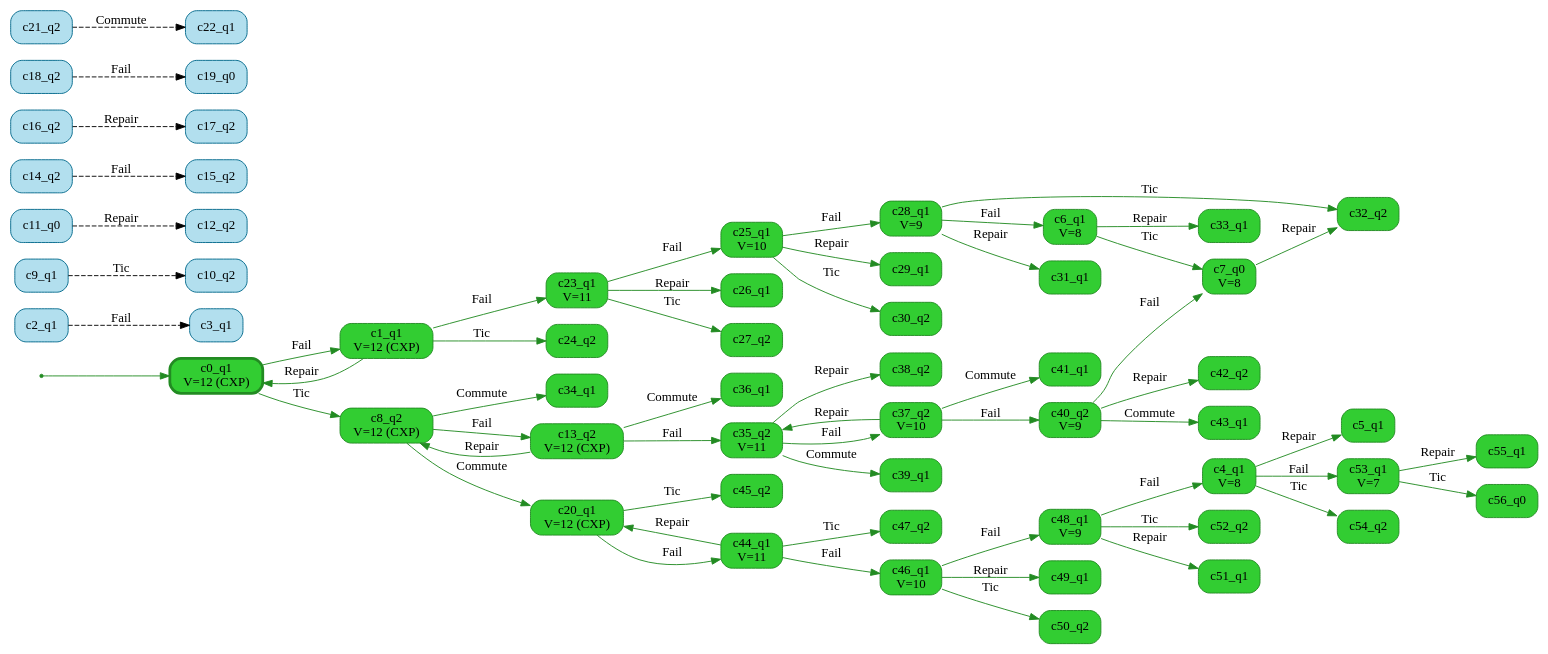
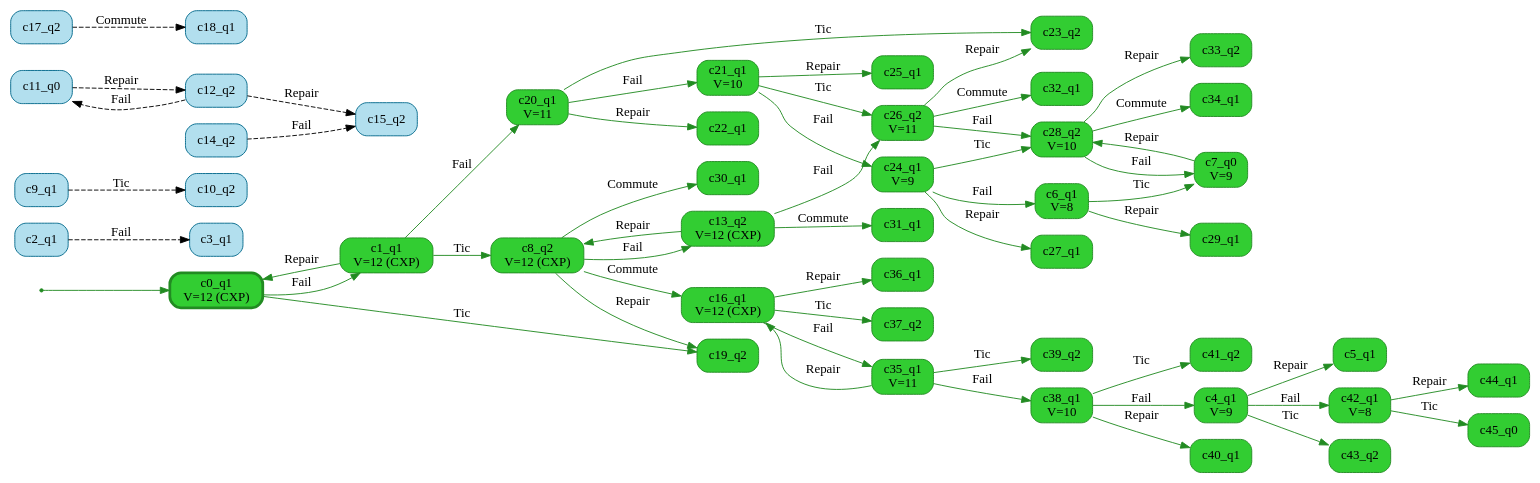
One commit to stratosphr/stratest2 changed the diagram in resources/results/threeBatteries/1_rel/rgcxp_small.dot. Above: the diagram before and after it, drawn with Graphviz. The commit also changed 174 other files, not shown here.

```diff
--- a/resources/results/threeBatteries/1_rel/rgcxp_small.dot
+++ b/resources/results/threeBatteries/1_rel/rgcxp_small.dot
@@ -5,47 +5,40 @@
 	__invisible__[shape="point", color="forestgreen"]
 	c0_q1[label="c0_q1\nV=12 (CXP)", shape="box", style="rounded, filled", color="forestgreen", fillcolor="limegreen", penwidth=3] // Initial
 	c1_q1[label="c1_q1\nV=12 (CXP)", shape="box", style="rounded, filled", color="forestgreen", fillcolor="limegreen"]
-	c23_q1[label="c23_q1\nV=11", shape="box", style="rounded, filled", color="forestgreen", fillcolor="limegreen"]
-	c25_q1[label="c25_q1\nV=10", shape="box", style="rounded, filled", color="forestgreen", fillcolor="limegreen"]
-	c28_q1[label="c28_q1\nV=9", shape="box", style="rounded, filled", color="forestgreen", fillcolor="limegreen"]
-	c6_q1[label="c6_q1\nV=8", shape="box", style="rounded, filled", color="forestgreen", fillcolor="limegreen"]
-	c7_q0[label="c7_q0\nV=8", shape="box", style="rounded, filled", color="forestgreen", fillcolor="limegreen"]
-	c32_q2[label="c32_q2", shape="box", style="rounded, filled", color="forestgreen", fillcolor="limegreen"]
-	c33_q1[label="c33_q1", shape="box", style="rounded, filled", color="forestgreen", fillcolor="limegreen"]
-	c31_q1[label="c31_q1", shape="box", style="rounded, filled", color="forestgreen", fillcolor="limegreen"]
-	c29_q1[label="c29_q1", shape="box", style="rounded, filled", color="forestgreen", fillcolor="limegreen"]
-	c30_q2[label="c30_q2", shape="box", style="rounded, filled", color="forestgreen", fillcolor="limegreen"]
-	c26_q1[label="c26_q1", shape="box", style="rounded, filled", color="forestgreen", fillcolor="limegreen"]
-	c27_q2[label="c27_q2", shape="box", style="rounded, filled", color="forestgreen", fillcolor="limegreen"]
-	c24_q2[label="c24_q2", shape="box", style="rounded, filled", color="forestgreen", fillcolor="limegreen"]
 	c8_q2[label="c8_q2\nV=12 (CXP)", shape="box", style="rounded, filled", color="forestgreen", fillcolor="limegreen"]
 	c13_q2[label="c13_q2\nV=12 (CXP)", shape="box", style="rounded, filled", color="forestgreen", fillcolor="limegreen"]
-	c35_q2[label="c35_q2\nV=11", shape="box", style="rounded, filled", color="forestgreen", fillcolor="limegreen"]
-	c37_q2[label="c37_q2\nV=10", shape="box", style="rounded, filled", color="forestgreen", fillcolor="limegreen"]
-	c40_q2[label="c40_q2\nV=9", shape="box", style="rounded, filled", color="forestgreen", fillcolor="limegreen"]
-	c42_q2[label="c42_q2", shape="box", style="rounded, filled", color="forestgreen", fillcolor="limegreen"]
-	c43_q1[label="c43_q1", shape="box", style="rounded, filled", color="forestgreen", fillcolor="limegreen"]
-	c41_q1[label="c41_q1", shape="box", style="rounded, filled", color="forestgreen", fillcolor="limegreen"]
-	c38_q2[label="c38_q2", shape="box", style="rounded, filled", color="forestgreen", fillcolor="limegreen"]
-	c39_q1[label="c39_q1", shape="box", style="rounded, filled", color="forestgreen", fillcolor="limegreen"]
+	c26_q2[label="c26_q2\nV=11", shape="box", style="rounded, filled", color="forestgreen", fillcolor="limegreen"]
+	c28_q2[label="c28_q2\nV=10", shape="box", style="rounded, filled", color="forestgreen", fillcolor="limegreen"]
+	c33_q2[label="c33_q2", shape="box", style="rounded, filled", color="forestgreen", fillcolor="limegreen"]
+	c34_q1[label="c34_q1", shape="box", style="rounded, filled", color="forestgreen", fillcolor="limegreen"]
+	c7_q0[label="c7_q0\nV=9", shape="box", style="rounded, filled", color="forestgreen", fillcolor="limegreen"]
+	c23_q2[label="c23_q2", shape="box", style="rounded, filled", color="forestgreen", fillcolor="limegreen"]
+	c32_q1[label="c32_q1", shape="box", style="rounded, filled", color="forestgreen", fillcolor="limegreen"]
+	c31_q1[label="c31_q1", shape="box", style="rounded, filled", color="forestgreen", fillcolor="limegreen"]
+	c16_q1[label="c16_q1\nV=12 (CXP)", shape="box", style="rounded, filled", color="forestgreen", fillcolor="limegreen"]
+	c35_q1[label="c35_q1\nV=11", shape="box", style="rounded, filled", color="forestgreen", fillcolor="limegreen"]
+	c38_q1[label="c38_q1\nV=10", shape="box", style="rounded, filled", color="forestgreen", fillcolor="limegreen"]
+	c4_q1[label="c4_q1\nV=9", shape="box", style="rounded, filled", color="forestgreen", fillcolor="limegreen"]
+	c5_q1[label="c5_q1", shape="box", style="rounded, filled", color="forestgreen", fillcolor="limegreen"]
+	c42_q1[label="c42_q1\nV=8", shape="box", style="rounded, filled", color="forestgreen", fillcolor="limegreen"]
+	c44_q1[label="c44_q1", shape="box", style="rounded, filled", color="forestgreen", fillcolor="limegreen"]
+	c45_q0[label="c45_q0", shape="box", style="rounded, filled", color="forestgreen", fillcolor="limegreen"]
+	c43_q2[label="c43_q2", shape="box", style="rounded, filled", color="forestgreen", fillcolor="limegreen"]
+	c40_q1[label="c40_q1", shape="box", style="rounded, filled", color="forestgreen", fillcolor="limegreen"]
+	c41_q2[label="c41_q2", shape="box", style="rounded, filled", color="forestgreen", fillcolor="limegreen"]
+	c39_q2[label="c39_q2", shape="box", style="rounded, filled", color="forestgreen", fillcolor="limegreen"]
 	c36_q1[label="c36_q1", shape="box", style="rounded, filled", color="forestgreen", fillcolor="limegreen"]
-	c20_q1[label="c20_q1\nV=12 (CXP)", shape="box", style="rounded, filled", color="forestgreen", fillcolor="limegreen"]
-	c44_q1[label="c44_q1\nV=11", shape="box", style="rounded, filled", color="forestgreen", fillcolor="limegreen"]
-	c46_q1[label="c46_q1\nV=10", shape="box", style="rounded, filled", color="forestgreen", fillcolor="limegreen"]
-	c48_q1[label="c48_q1\nV=9", shape="box", style="rounded, filled", color="forestgreen", fillcolor="limegreen"]
-	c4_q1[label="c4_q1\nV=8", shape="box", style="rounded, filled", color="forestgreen", fillcolor="limegreen"]
-	c5_q1[label="c5_q1", shape="box", style="rounded, filled", color="forestgreen", fillcolor="limegreen"]
-	c53_q1[label="c53_q1\nV=7", shape="box", style="rounded, filled", color="forestgreen", fillcolor="limegreen"]
-	c55_q1[label="c55_q1", shape="box", style="rounded, filled", color="forestgreen", fillcolor="limegreen"]
-	c56_q0[label="c56_q0", shape="box", style="rounded, filled", color="forestgreen", fillcolor="limegreen"]
-	c54_q2[label="c54_q2", shape="box", style="rounded, filled", color="forestgreen", fillcolor="limegreen"]
-	c51_q1[label="c51_q1", shape="box", style="rounded, filled", color="forestgreen", fillcolor="limegreen"]
-	c52_q2[label="c52_q2", shape="box", style="rounded, filled", color="forestgreen", fillcolor="limegreen"]
-	c49_q1[label="c49_q1", shape="box", style="rounded, filled", color="forestgreen", fillcolor="limegreen"]
-	c50_q2[label="c50_q2", shape="box", style="rounded, filled", color="forestgreen", fillcolor="limegreen"]
-	c47_q2[label="c47_q2", shape="box", style="rounded, filled", color="forestgreen", fillcolor="limegreen"]
-	c45_q2[label="c45_q2", shape="box", style="rounded, filled", color="forestgreen", fillcolor="limegreen"]
-	c34_q1[label="c34_q1", shape="box", style="rounded, filled", color="forestgreen", fillcolor="limegreen"]
+	c37_q2[label="c37_q2", shape="box", style="rounded, filled", color="forestgreen", fillcolor="limegreen"]
+	c19_q2[label="c19_q2", shape="box", style="rounded, filled", color="forestgreen", fillcolor="limegreen"]
+	c30_q1[label="c30_q1", shape="box", style="rounded, filled", color="forestgreen", fillcolor="limegreen"]
+	c20_q1[label="c20_q1\nV=11", shape="box", style="rounded, filled", color="forestgreen", fillcolor="limegreen"]
+	c21_q1[label="c21_q1\nV=10", shape="box", style="rounded, filled", color="forestgreen", fillcolor="limegreen"]
+	c24_q1[label="c24_q1\nV=9", shape="box", style="rounded, filled", color="forestgreen", fillcolor="limegreen"]
+	c6_q1[label="c6_q1\nV=8", shape="box", style="rounded, filled", color="forestgreen", fillcolor="limegreen"]
+	c29_q1[label="c29_q1", shape="box", style="rounded, filled", color="forestgreen", fillcolor="limegreen"]
+	c27_q1[label="c27_q1", shape="box", style="rounded, filled", color="forestgreen", fillcolor="limegreen"]
+	c25_q1[label="c25_q1", shape="box", style="rounded, filled", color="forestgreen", fillcolor="limegreen"]
+	c22_q1[label="c22_q1", shape="box", style="rounded, filled", color="forestgreen", fillcolor="limegreen"]
 	c2_q1[label="c2_q1", shape="box", style="rounded, filled", color="deepskyblue4", fillcolor="lightblue2"]
 	c3_q1[label="c3_q1", shape="box", style="rounded, filled", color="deepskyblue4", fillcolor="lightblue2"]
 	c9_q1[label="c9_q1", shape="box", style="rounded, filled", color="deepskyblue4", fillcolor="lightblue2"]
@@ -54,68 +47,60 @@
 	c12_q2[label="c12_q2", shape="box", style="rounded, filled", color="deepskyblue4", fillcolor="lightblue2"]
 	c14_q2[label="c14_q2", shape="box", style="rounded, filled", color="deepskyblue4", fillcolor="lightblue2"]
 	c15_q2[label="c15_q2", shape="box", style="rounded, filled", color="deepskyblue4", fillcolor="lightblue2"]
-	c16_q2[label="c16_q2", shape="box", style="rounded, filled", color="deepskyblue4", fillcolor="lightblue2"]
 	c17_q2[label="c17_q2", shape="box", style="rounded, filled", color="deepskyblue4", fillcolor="lightblue2"]
-	c18_q2[label="c18_q2", shape="box", style="rounded, filled", color="deepskyblue4", fillcolor="lightblue2"]
-	c19_q0[label="c19_q0", shape="box", style="rounded, filled", color="deepskyblue4", fillcolor="lightblue2"]
-	c21_q2[label="c21_q2", shape="box", style="rounded, filled", color="deepskyblue4", fillcolor="lightblue2"]
-	c22_q1[label="c22_q1", shape="box", style="rounded, filled", color="deepskyblue4", fillcolor="lightblue2"]
+	c18_q1[label="c18_q1", shape="box", style="rounded, filled", color="deepskyblue4", fillcolor="lightblue2"]
 
 	__invisible__ -> c0_q1[color="forestgreen"]
 	c0_q1 -> c1_q1[label="Fail", color="forestgreen"]
 	c1_q1 -> c0_q1[label="Repair", color="forestgreen"]
-	c1_q1 -> c23_q1[label="Fail", color="forestgreen"]
-	c23_q1 -> c25_q1[label="Fail", color="forestgreen"]
-	c25_q1 -> c28_q1[label="Fail", color="forestgreen"]
-	c28_q1 -> c6_q1[label="Fail", color="forestgreen"]
-	c6_q1 -> c7_q0[label="Tic", color="forestgreen"]
-	c7_q0 -> c32_q2[label="Repair", color="forestgreen"]
-	c6_q1 -> c33_q1[label="Repair", color="forestgreen"]
-	c28_q1 -> c31_q1[label="Repair", color="forestgreen"]
-	c28_q1 -> c32_q2[label="Tic", color="forestgreen"]
-	c25_q1 -> c29_q1[label="Repair", color="forestgreen"]
-	c25_q1 -> c30_q2[label="Tic", color="forestgreen"]
-	c23_q1 -> c26_q1[label="Repair", color="forestgreen"]
-	c23_q1 -> c27_q2[label="Tic", color="forestgreen"]
-	c1_q1 -> c24_q2[label="Tic", color="forestgreen"]
-	c0_q1 -> c8_q2[label="Tic", color="forestgreen"]
+	c1_q1 -> c8_q2[label="Tic", color="forestgreen"]
 	c8_q2 -> c13_q2[label="Fail", color="forestgreen"]
 	c13_q2 -> c8_q2[label="Repair", color="forestgreen"]
-	c13_q2 -> c35_q2[label="Fail", color="forestgreen"]
-	c35_q2 -> c37_q2[label="Fail", color="forestgreen"]
-	c37_q2 -> c40_q2[label="Fail", color="forestgreen"]
-	c40_q2 -> c42_q2[label="Repair", color="forestgreen"]
-	c40_q2 -> c43_q1[label="Commute", color="forestgreen"]
-	c40_q2 -> c7_q0[label="Fail", color="forestgreen"]
-	c37_q2 -> c35_q2[label="Repair", color="forestgreen"]
-	c37_q2 -> c41_q1[label="Commute", color="forestgreen"]
-	c35_q2 -> c38_q2[label="Repair", color="forestgreen"]
-	c35_q2 -> c39_q1[label="Commute", color="forestgreen"]
-	c13_q2 -> c36_q1[label="Commute", color="forestgreen"]
-	c8_q2 -> c20_q1[label="Commute", color="forestgreen"]
-	c20_q1 -> c44_q1[label="Fail", color="forestgreen"]
-	c44_q1 -> c46_q1[label="Fail", color="forestgreen"]
-	c46_q1 -> c48_q1[label="Fail", color="forestgreen"]
-	c48_q1 -> c4_q1[label="Fail", color="forestgreen"]
+	c13_q2 -> c26_q2[label="Fail", color="forestgreen"]
+	c26_q2 -> c28_q2[label="Fail", color="forestgreen"]
+	c28_q2 -> c33_q2[label="Repair", color="forestgreen"]
+	c28_q2 -> c34_q1[label="Commute", color="forestgreen"]
+	c28_q2 -> c7_q0[label="Fail", color="forestgreen"]
+	c7_q0 -> c28_q2[label="Repair", color="forestgreen"]
+	c26_q2 -> c23_q2[label="Repair", color="forestgreen"]
+	c26_q2 -> c32_q1[label="Commute", color="forestgreen"]
+	c13_q2 -> c31_q1[label="Commute", color="forestgreen"]
+	c8_q2 -> c16_q1[label="Commute", color="forestgreen"]
+	c16_q1 -> c35_q1[label="Fail", color="forestgreen"]
+	c35_q1 -> c38_q1[label="Fail", color="forestgreen"]
+	c38_q1 -> c4_q1[label="Fail", color="forestgreen"]
 	c4_q1 -> c5_q1[label="Repair", color="forestgreen"]
-	c4_q1 -> c53_q1[label="Fail", color="forestgreen"]
-	c53_q1 -> c55_q1[label="Repair", color="forestgreen"]
-	c53_q1 -> c56_q0[label="Tic", color="forestgreen"]
-	c4_q1 -> c54_q2[label="Tic", color="forestgreen"]
-	c48_q1 -> c51_q1[label="Repair", color="forestgreen"]
-	c48_q1 -> c52_q2[label="Tic", color="forestgreen"]
-	c46_q1 -> c49_q1[label="Repair", color="forestgreen"]
-	c46_q1 -> c50_q2[label="Tic", color="forestgreen"]
-	c44_q1 -> c20_q1[label="Repair", color="forestgreen"]
-	c44_q1 -> c47_q2[label="Tic", color="forestgreen"]
-	c20_q1 -> c45_q2[label="Tic", color="forestgreen"]
-	c8_q2 -> c34_q1[label="Commute", color="forestgreen"]
+	c4_q1 -> c42_q1[label="Fail", color="forestgreen"]
+	c42_q1 -> c44_q1[label="Repair", color="forestgreen"]
+	c42_q1 -> c45_q0[label="Tic", color="forestgreen"]
+	c4_q1 -> c43_q2[label="Tic", color="forestgreen"]
+	c38_q1 -> c40_q1[label="Repair", color="forestgreen"]
+	c38_q1 -> c41_q2[label="Tic", color="forestgreen"]
+	c35_q1 -> c16_q1[label="Repair", color="forestgreen"]
+	c35_q1 -> c39_q2[label="Tic", color="forestgreen"]
+	c16_q1 -> c36_q1[label="Repair", color="forestgreen"]
+	c16_q1 -> c37_q2[label="Tic", color="forestgreen"]
+	c8_q2 -> c19_q2[label="Repair", color="forestgreen"]
+	c8_q2 -> c30_q1[label="Commute", color="forestgreen"]
+	c1_q1 -> c20_q1[label="Fail", color="forestgreen"]
+	c20_q1 -> c21_q1[label="Fail", color="forestgreen"]
+	c21_q1 -> c24_q1[label="Fail", color="forestgreen"]
+	c24_q1 -> c6_q1[label="Fail", color="forestgreen"]
+	c6_q1 -> c7_q0[label="Tic", color="forestgreen"]
+	c6_q1 -> c29_q1[label="Repair", color="forestgreen"]
+	c24_q1 -> c27_q1[label="Repair", color="forestgreen"]
+	c24_q1 -> c28_q2[label="Tic", color="forestgreen"]
+	c21_q1 -> c25_q1[label="Repair", color="forestgreen"]
+	c21_q1 -> c26_q2[label="Tic", color="forestgreen"]
+	c20_q1 -> c22_q1[label="Repair", color="forestgreen"]
+	c20_q1 -> c23_q2[label="Tic", color="forestgreen"]
+	c0_q1 -> c19_q2[label="Tic", color="forestgreen"]
 	c2_q1 -> c3_q1[label="Fail", color="black", style="dashed"]
 	c9_q1 -> c10_q2[label="Tic", color="black", style="dashed"]
 	c11_q0 -> c12_q2[label="Repair", color="black", style="dashed"]
 	c14_q2 -> c15_q2[label="Fail", color="black", style="dashed"]
-	c16_q2 -> c17_q2[label="Repair", color="black", style="dashed"]
-	c18_q2 -> c19_q0[label="Fail", color="black", style="dashed"]
-	c21_q2 -> c22_q1[label="Commute", color="black", style="dashed"]
+	c12_q2 -> c15_q2[label="Repair", color="black", style="dashed"]
+	c12_q2 -> c11_q0[label="Fail", color="black", style="dashed"]
+	c17_q2 -> c18_q1[label="Commute", color="black", style="dashed"]
 
 }
```
